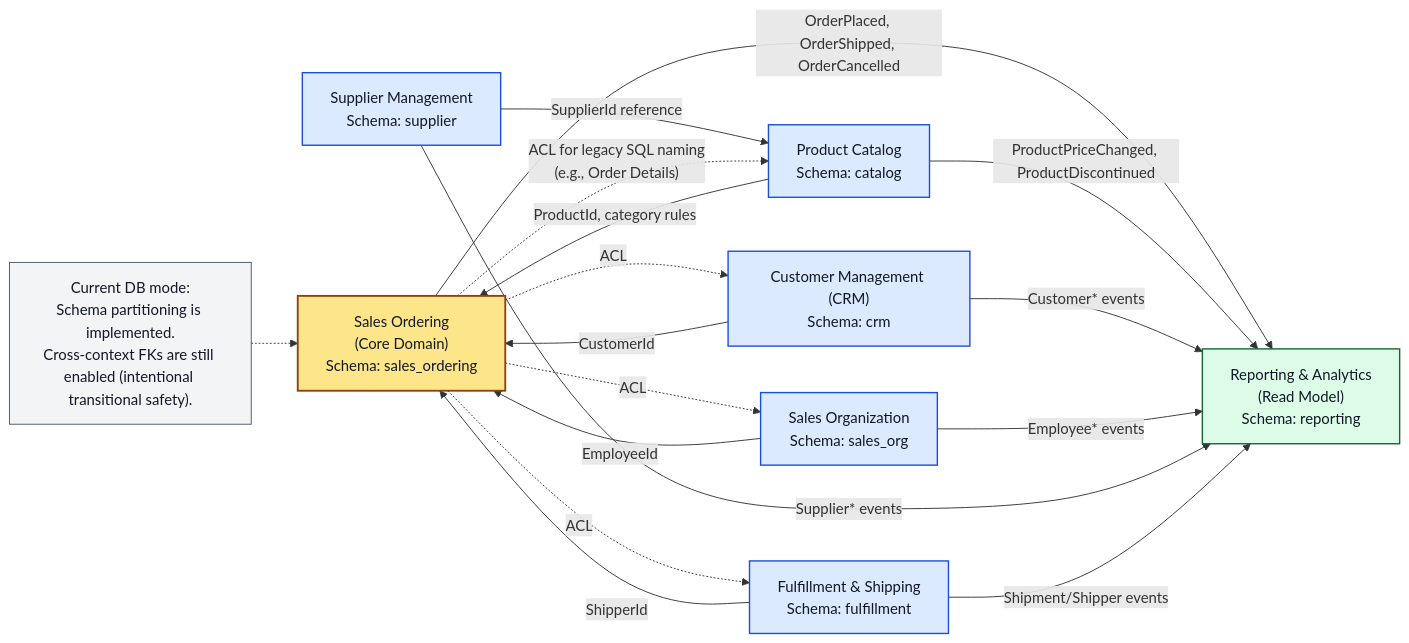
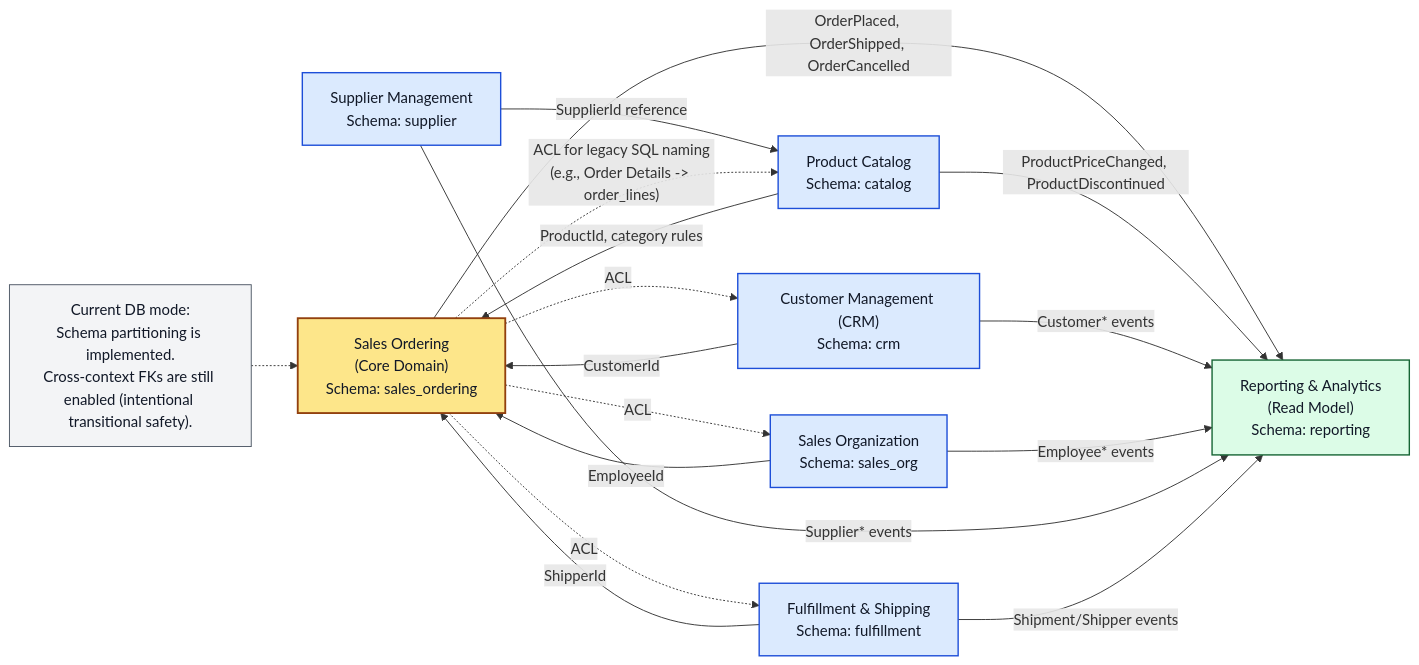
One commit to cbakopanos/northwind changed the diagram in docs/DOMAIN.mmd. Above: the diagram before and after it, drawn with Mermaid. The commit also changed 6 other files, not shown here.

```diff
--- a/docs/DOMAIN.mmd
+++ b/docs/DOMAIN.mmd
@@ -1,39 +1,39 @@
 flowchart LR
     SO["Sales Ordering\n(Core Domain)\nSchema: sales_ordering"]
     PC["Product Catalog\nSchema: catalog"]
     CRM["Customer Management (CRM)\nSchema: crm"]
     FUL["Fulfillment & Shipping\nSchema: fulfillment"]
     ORG["Sales Organization\nSchema: sales_org"]
     SUP["Supplier Management\nSchema: supplier"]
     REP["Reporting & Analytics\n(Read Model)\nSchema: reporting"]
     NOTE["Current DB mode:\nSchema partitioning is implemented.\nCross-context FKs are still enabled (intentional transitional safety)."]
 
     PC -->|"ProductId, category rules"| SO
     CRM -->|"CustomerId"| SO
     ORG -->|"EmployeeId"| SO
     FUL -->|"ShipperId"| SO
 
     SUP -->|"SupplierId reference"| PC
 
     SO -->|"OrderPlaced, OrderShipped, OrderCancelled"| REP
     PC -->|"ProductPriceChanged, ProductDiscontinued"| REP
     CRM -->|"Customer* events"| REP
     ORG -->|"Employee* events"| REP
     SUP -->|"Supplier* events"| REP
     FUL -->|"Shipment/Shipper events"| REP
 
-    SO -.->|"ACL for legacy SQL naming\n(e.g., Order Details)"| PC
+    SO -.->|"ACL for legacy SQL naming\n(e.g., Order Details -> order_lines)"| PC
     SO -.->|"ACL"| CRM
     SO -.->|"ACL"| ORG
     SO -.->|"ACL"| FUL
     NOTE -.-> SO
 
     classDef core fill:#fde68a,stroke:#92400e,stroke-width:2px,color:#111827;
     classDef upstream fill:#dbeafe,stroke:#1d4ed8,stroke-width:1.5px,color:#111827;
     classDef downstream fill:#dcfce7,stroke:#166534,stroke-width:1.5px,color:#111827;
     classDef note fill:#f3f4f6,stroke:#4b5563,stroke-width:1px,color:#111827;
 
     class SO core;
     class PC,CRM,FUL,ORG,SUP upstream;
     class REP downstream;
     class NOTE note;
```
